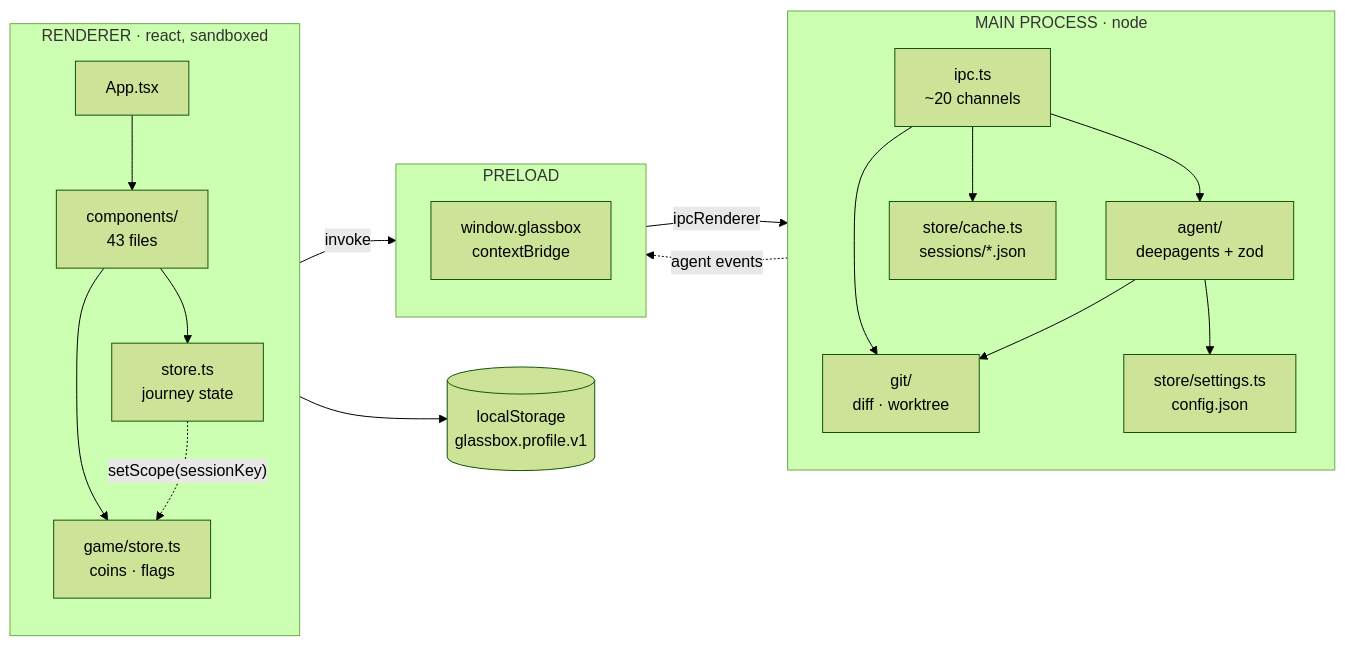
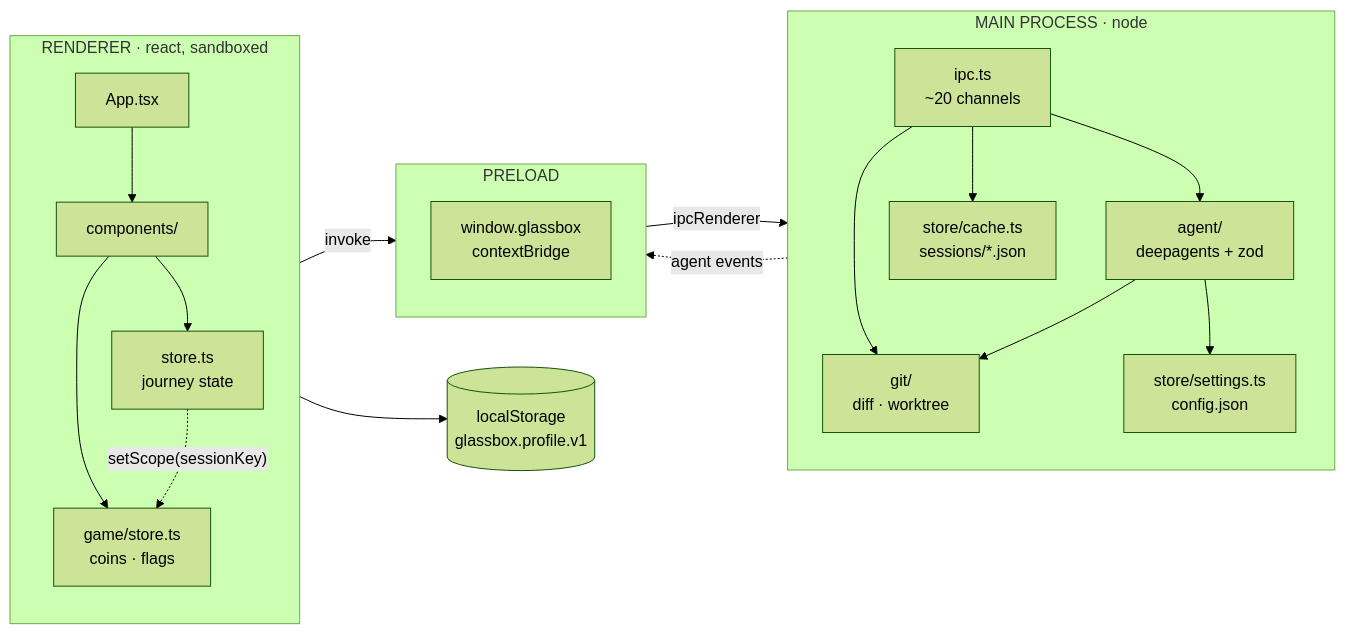
Before and after one commit to mikexkllr/glassbox-ai: the first of 4 diagrams in docs/architecture.md, drawn with Mermaid (forest theme). The commit also changed other lines of this file and 20 other files, not shown here.

````diff
--- a/docs/architecture.md
+++ b/docs/architecture.md
@@ -58,40 +59,40 @@
 ```mermaid
 flowchart LR
   subgraph MAIN["MAIN PROCESS · node"]
     direction TB
     IPC["ipc.ts<br/>~20 channels"]
     AGENT["agent/<br/>deepagents + zod"]
     GIT["git/<br/>diff · worktree"]
     DISK["store/cache.ts<br/>sessions/*.json"]
     CFG["store/settings.ts<br/>config.json"]
     IPC --> AGENT
     IPC --> GIT
     IPC --> DISK
     AGENT --> CFG
     AGENT --> GIT
   end
 
   subgraph BRIDGE["PRELOAD"]
     direction TB
     API["window.glassbox<br/>contextBridge"]
   end
 
   subgraph REND["RENDERER · react, sandboxed"]
     direction TB
     APP["App.tsx"]
     USTORE["store.ts<br/>journey state"]
     GSTORE["game/store.ts<br/>coins · flags"]
-    COMP["components/<br/>43 files"]
+    COMP["components/"]
     APP --> COMP
     COMP --> USTORE
     COMP --> GSTORE
     USTORE -. "setScope(sessionKey)" .-> GSTORE
   end
 
   LS[("localStorage<br/>glassbox.profile.v1")]
 
   USTORE -->|"invoke"| API
   API -->|"ipcRenderer"| IPC
   IPC -.->|"agent events"| API
   GSTORE --> LS
 ```
````
